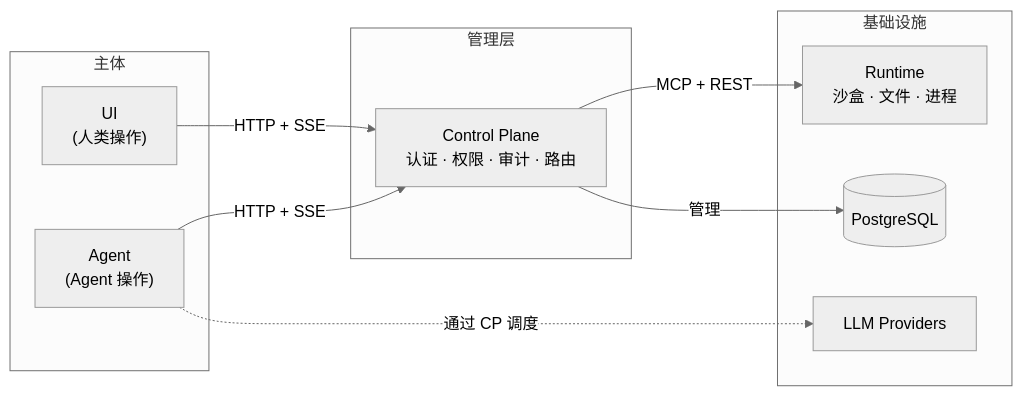
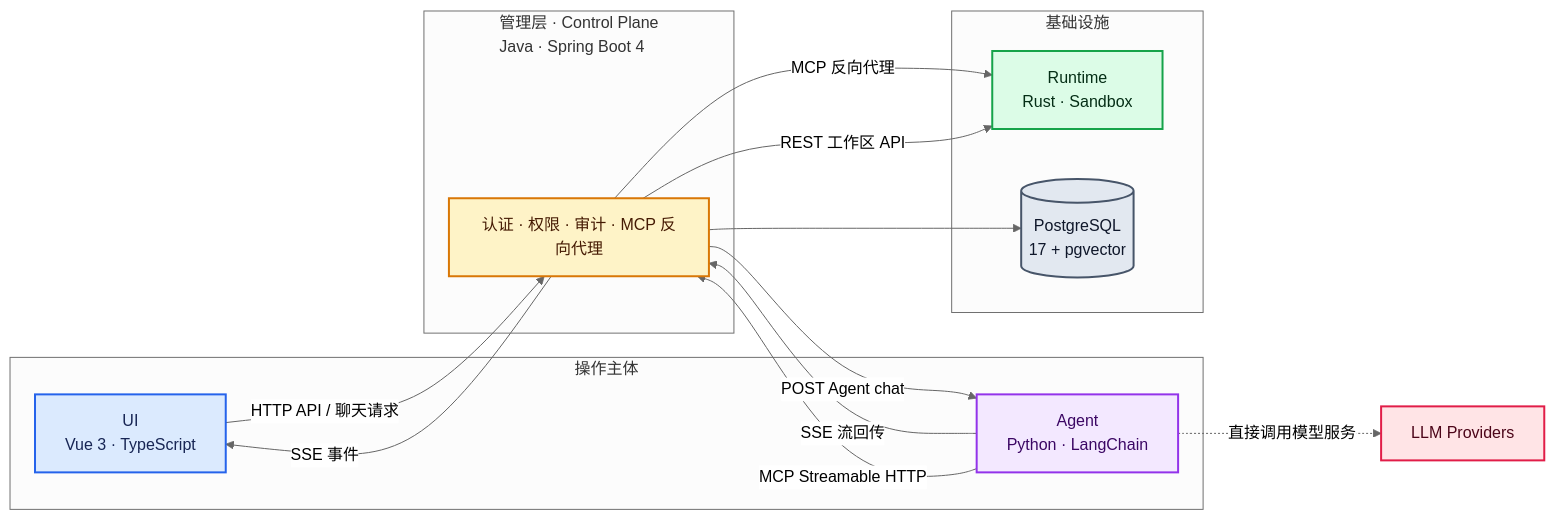
The diagram in docs/i18n/zh-Hans/README.md (cc01cc/xihe-project), drawn with Mermaid before and after one commit. The commit also changed other lines of this file and 3 other files, not shown here.

First line of the commit message:
docs(xh): refresh bilingual README and architecture diagram

````diff
--- a/docs/i18n/zh-Hans/README.md
+++ b/docs/i18n/zh-Hans/README.md
@@ -40,24 +43,37 @@
 ```mermaid
 %%{init: {'theme': 'neutral'}}%%
 flowchart LR
-    subgraph 主体
-        UI["UI<br/>(人类操作)"]
-        AG["Agent<br/>(Agent 操作)"]
+    subgraph Actors["操作主体"]
+        UI["UI<br/>Vue 3 · TypeScript"]
+        AG["Agent<br/>Python · LangChain"]
     end
-
-    subgraph 管理层
-        CP["Control Plane<br/>认证 · 权限 · 审计 · 路由"]
+    subgraph Management["管理层 · Control Plane<br/>Java · Spring Boot 4"]
+        CP["认证 · 权限 · 审计 · MCP 反向代理"]
     end
-
-    subgraph 基础设施
-        RT["Runtime<br/>沙盒 · 文件 · 进程"]
-        PG[("PostgreSQL")]
-        LLM["LLM Providers"]
+    subgraph Infra["基础设施"]
+        RT["Runtime<br/>Rust · Sandbox"]
+        PG[("PostgreSQL<br/>17 + pgvector")]
     end
-
-    UI -->|HTTP + SSE| CP
-    AG -->|HTTP + SSE| CP
-    CP -->|MCP + REST| RT
-    CP -->|管理| PG
-    AG -.->|通过 CP 调度| LLM
+    LLM["LLM Providers"]
+    UI -->|"HTTP API / 聊天请求"| CP
+    CP -->|"SSE 事件"| UI
+    CP -->|"POST Agent chat"| AG
+    AG -->|"SSE 流回传"| CP
+    AG -->|"MCP Streamable HTTP"| CP
+    CP -->|"MCP 反向代理"| RT
+    CP -->|"REST 工作区 API"| RT
+    CP --> PG
+    AG -.->|"直接调用模型服务"| LLM
+    classDef ui fill:#dbeafe,stroke:#2563eb,color:#172554,stroke-width:2px
+    classDef agent fill:#f3e8ff,stroke:#9333ea,color:#3b0764,stroke-width:2px
+    classDef control fill:#fef3c7,stroke:#d97706,color:#451a03,stroke-width:2px
+    classDef runtime fill:#dcfce7,stroke:#16a34a,color:#052e16,stroke-width:2px
+    classDef data fill:#e2e8f0,stroke:#475569,color:#0f172a,stroke-width:2px
+    classDef external fill:#ffe4e6,stroke:#e11d48,color:#4c0519,stroke-width:2px
+    class UI ui
+    class AG agent
+    class CP control
+    class RT runtime
+    class PG data
+    class LLM external
 ```
````
